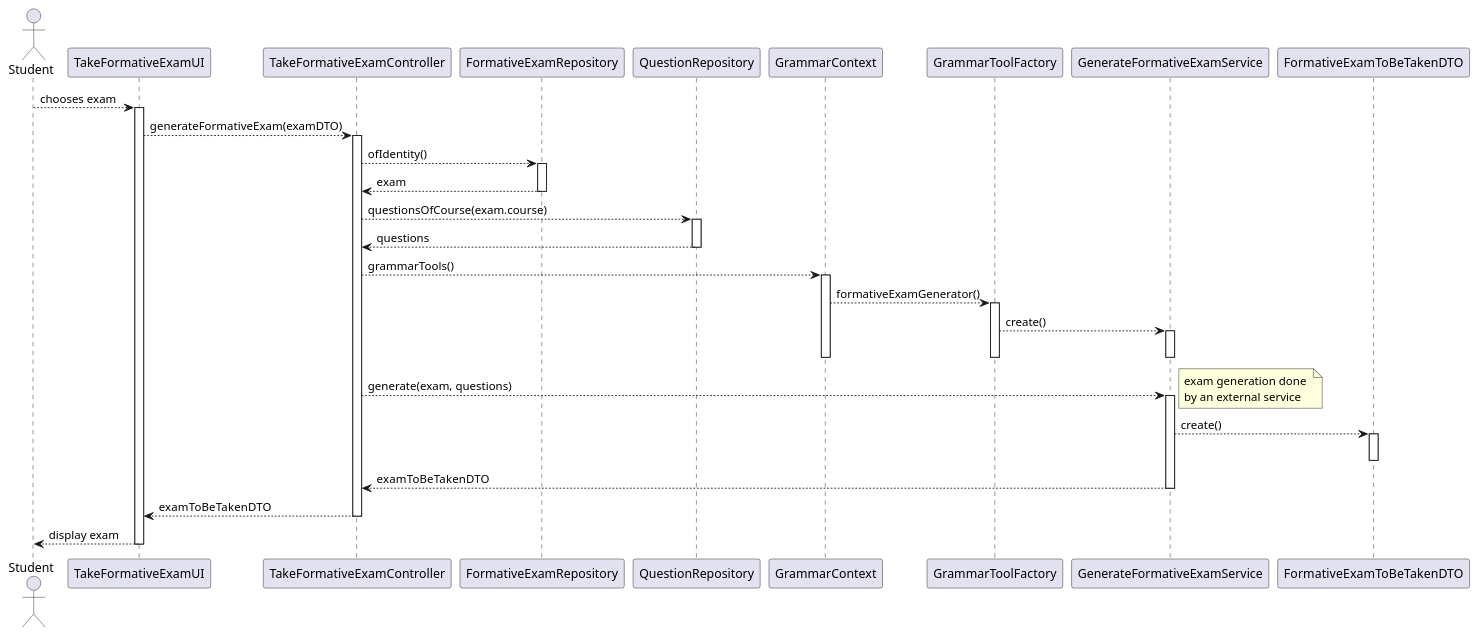
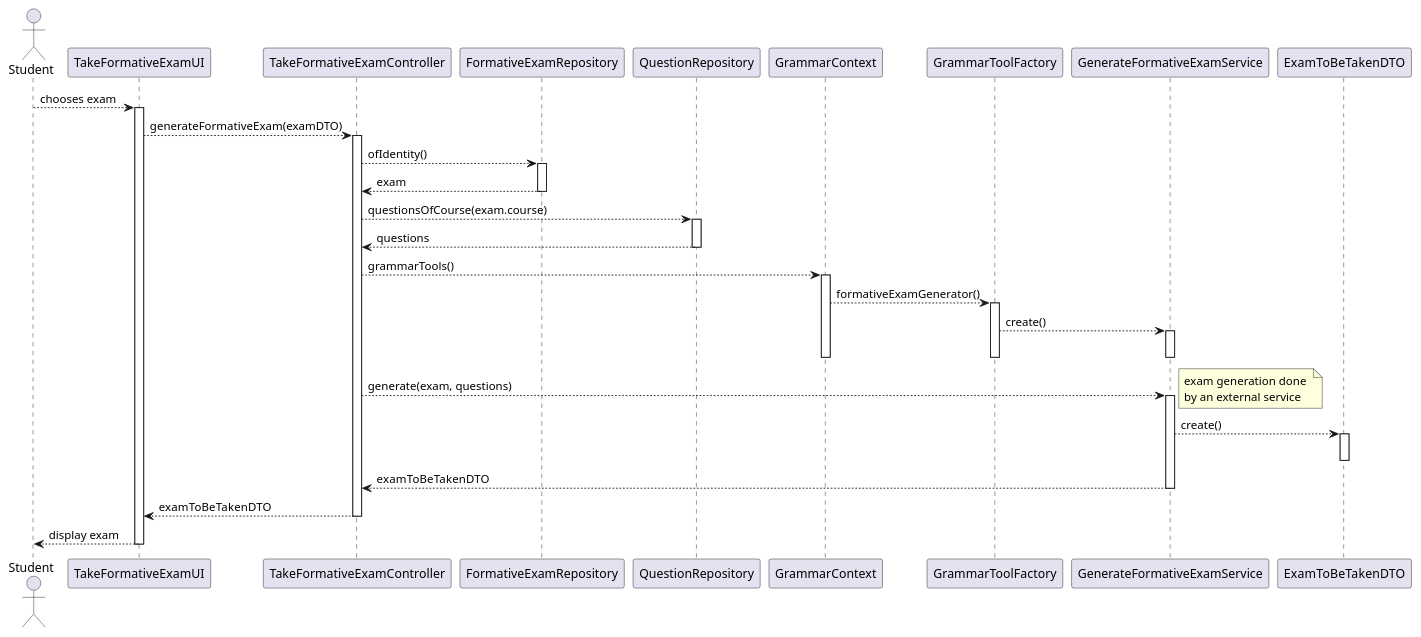
Before and after one commit to jovami/isep-lapr4: the diagram in docs/us_2009/2-fexam-to-be-taken.puml, drawn with PlantUML. The commit also changed 5 other files, not shown here.

```diff
--- a/docs/us_2009/2-fexam-to-be-taken.puml
+++ b/docs/us_2009/2-fexam-to-be-taken.puml
@@ -1,56 +1,56 @@
 @startuml
 
 actor Student as student
 
 participant TakeFormativeExamUI as ui
 participant TakeFormativeExamController as ctrl
 
 participant FormativeExamRepository as repo
 participant QuestionRepository as q_repo
 
 participant GrammarContext as ctx
 participant GrammarToolFactory as grepo
 
 participant GenerateFormativeExamService as svc
-participant FormativeExamToBeTakenDTO as dto
+participant ExamToBeTakenDTO as dto
 
 student --> ui : chooses exam
 activate ui
     ui --> ctrl : generateFormativeExam(examDTO)
     activate ctrl
         ctrl --> repo : ofIdentity()
         activate repo
             repo --> ctrl : exam
         deactivate repo
 
         ctrl --> q_repo : questionsOfCourse(exam.course)
         activate q_repo
             q_repo --> ctrl : questions
         deactivate q_repo
 
         ctrl --> ctx : grammarTools()
         activate ctx
             ctx --> grepo : formativeExamGenerator()
             activate grepo
                 grepo --> svc : create()
                 activate svc
                 deactivate svc
             deactivate grepo
         deactivate ctx
 
         ctrl --> svc : generate(exam, questions)
         activate svc
             note right: exam generation done \nby an external service
             svc --> dto : create()
             activate dto
             deactivate dto
             svc --> ctrl : examToBeTakenDTO
         deactivate svc
 
         ctrl --> ui : examToBeTakenDTO
     deactivate ctrl
 
     ui --> student : display exam
 deactivate ui
 
 @enduml
```
